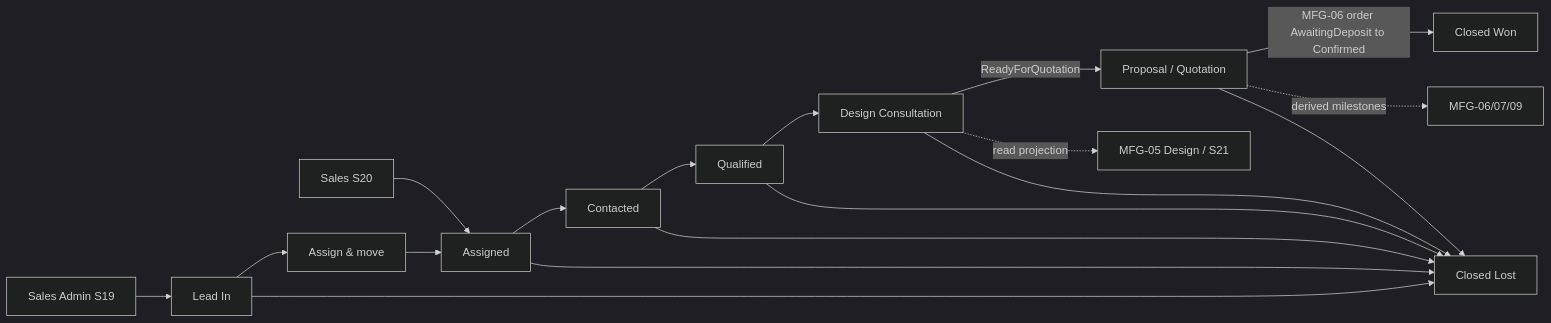
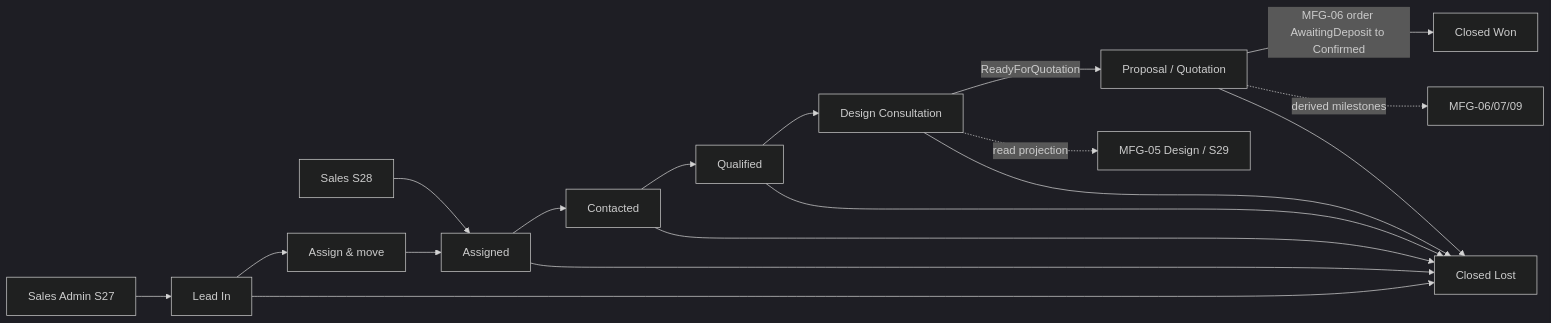
One commit to ankhanhwork/weavelink-project changed the first of 2 diagrams in docs/spec/specs/spec-MFG-08.md. Above: the diagram before and after it, drawn with Mermaid (dark theme). The commit also changed other lines of this file and 235 other files, not shown here.

````diff
--- a/docs/spec/specs/spec-MFG-08.md
+++ b/docs/spec/specs/spec-MFG-08.md
@@ -81,20 +81,20 @@
 ```mermaid
 flowchart LR
-  Admin[Sales Admin S19] --> LeadIn[Lead In]
+  Admin[Sales Admin S27] --> LeadIn[Lead In]
   LeadIn --> Assign[Assign & move]
   Assign --> Assigned[Assigned]
   Assigned --> Contacted[Contacted]
   Contacted --> Qualified[Qualified]
   Qualified --> Design[Design Consultation]
   Design -->|ReadyForQuotation| Proposal[Proposal / Quotation]
   Proposal -->|MFG-06 order AwaitingDeposit to Confirmed| Won[Closed Won]
   LeadIn --> Lost[Closed Lost]
   Assigned --> Lost
   Contacted --> Lost
   Qualified --> Lost
   Design --> Lost
   Proposal --> Lost
-  Sales[Sales S20] --> Assigned
-  Design -. read projection .-> MFG05[MFG-05 Design / S21]
+  Sales[Sales S28] --> Assigned
+  Design -. read projection .-> MFG05[MFG-05 Design / S29]
   Proposal -. derived milestones .-> Orders[MFG-06/07/09]
 ```
````
